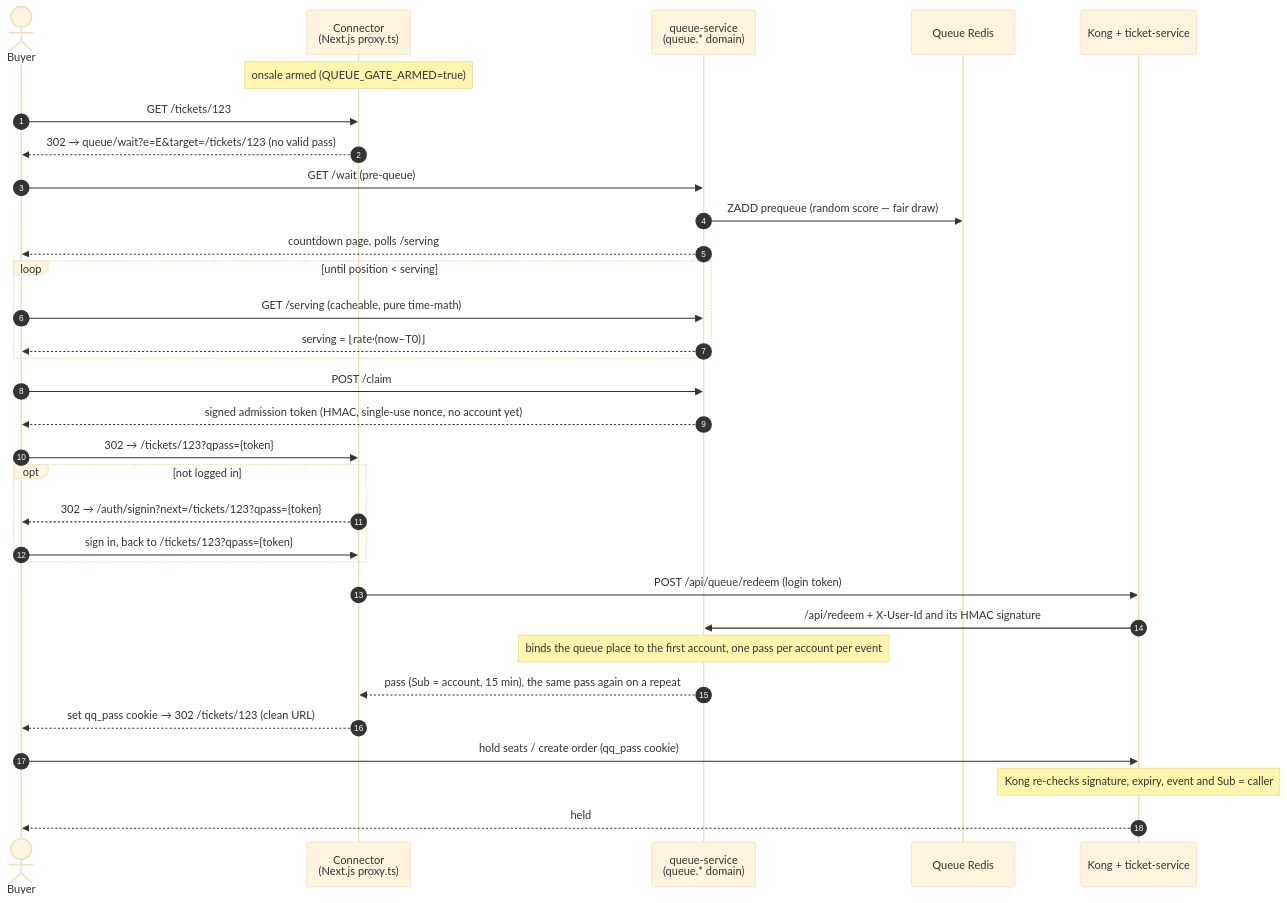
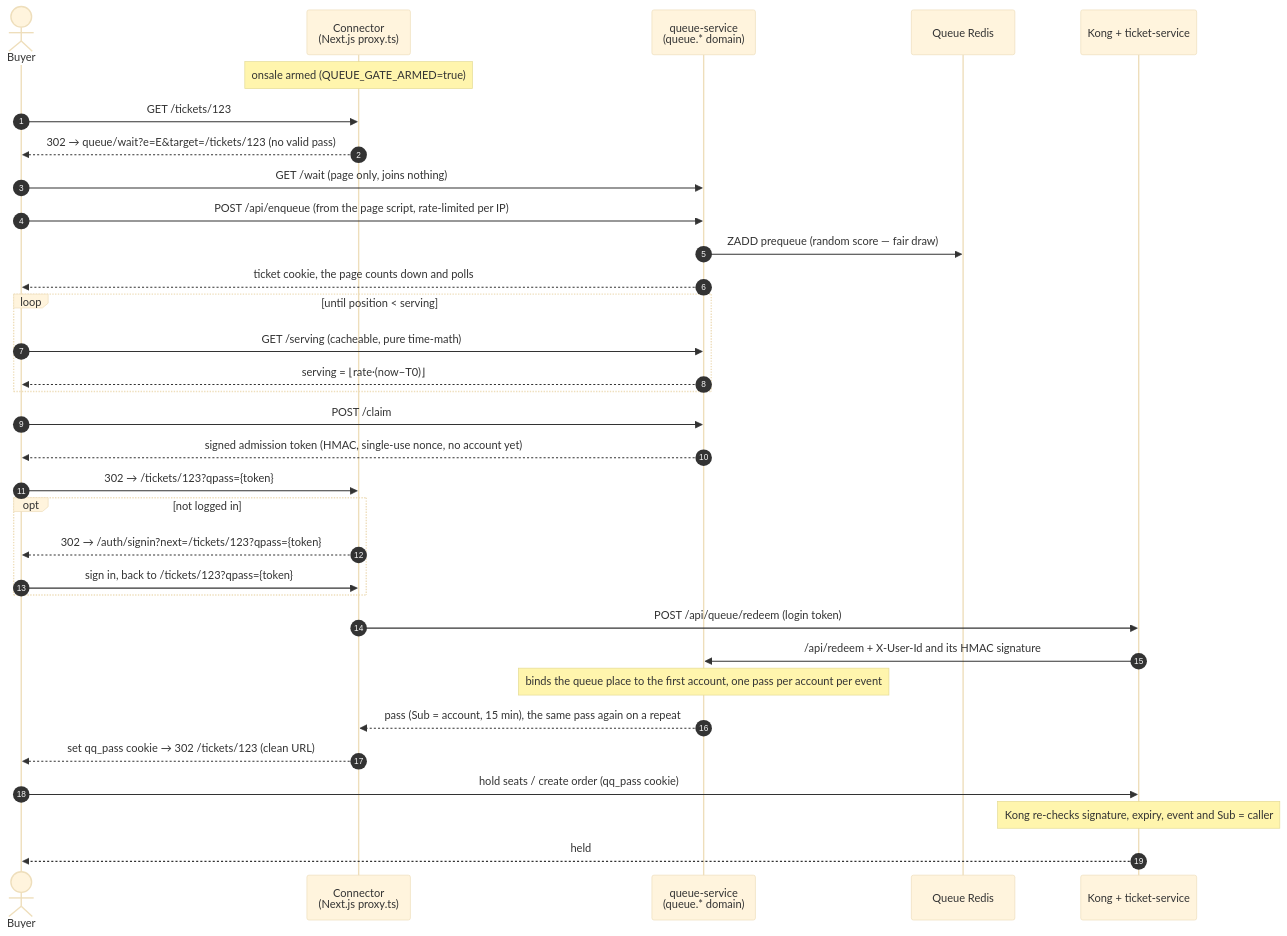
Before and after one commit to emmilcheung/k8s-multi-language-gRPC-microservice: the diagram in README.md, drawn with Mermaid (base theme). The commit also changed 8 other files, not shown here.

First line of the commit message:
fix(queue-service): join the queue only through the rate-limited enqueue call

````diff
--- a/README.md
+++ b/README.md
@@ -70,35 +70,36 @@
 ```mermaid
 sequenceDiagram
     autonumber
     actor B as Buyer
     participant C as Connector<br/>(Next.js proxy.ts)
     participant Q as queue-service<br/>(queue.* domain)
     participant R as Queue Redis
     participant K as Kong + ticket-service
 
     Note over C: onsale armed (QUEUE_GATE_ARMED=true)
     B->>C: GET /tickets/123
     C-->>B: 302 → queue/wait?e=E&target=/tickets/123  (no valid pass)
-    B->>Q: GET /wait  (pre-queue)
+    B->>Q: GET /wait  (page only, joins nothing)
+    B->>Q: POST /api/enqueue  (from the page script, rate-limited per IP)
     Q->>R: ZADD prequeue (random score — fair draw)
-    Q-->>B: countdown page, polls /serving
+    Q-->>B: ticket cookie, the page counts down and polls
     loop until position < serving
         B->>Q: GET /serving   (cacheable, pure time-math)
         Q-->>B: serving = ⌊rate·(now−T0)⌋
     end
     B->>Q: POST /claim
     Q-->>B: signed admission token (HMAC, single-use nonce, no account yet)
     B->>C: 302 → /tickets/123?qpass={token}
     opt not logged in
         C-->>B: 302 → /auth/signin?next=/tickets/123?qpass={token}
         B->>C: sign in, back to /tickets/123?qpass={token}
     end
     C->>K: POST /api/queue/redeem (login token)
     K->>Q: /api/redeem + X-User-Id and its HMAC signature
     Note over Q: binds the queue place to the first account, one pass per account per event
     Q-->>C: pass (Sub = account, 15 min), the same pass again on a repeat
     C-->>B: set qq_pass cookie → 302 /tickets/123 (clean URL)
     B->>K: hold seats / create order (qq_pass cookie)
     Note over K: Kong re-checks signature, expiry, event and Sub = caller
     K-->>B: held
 ```
````
